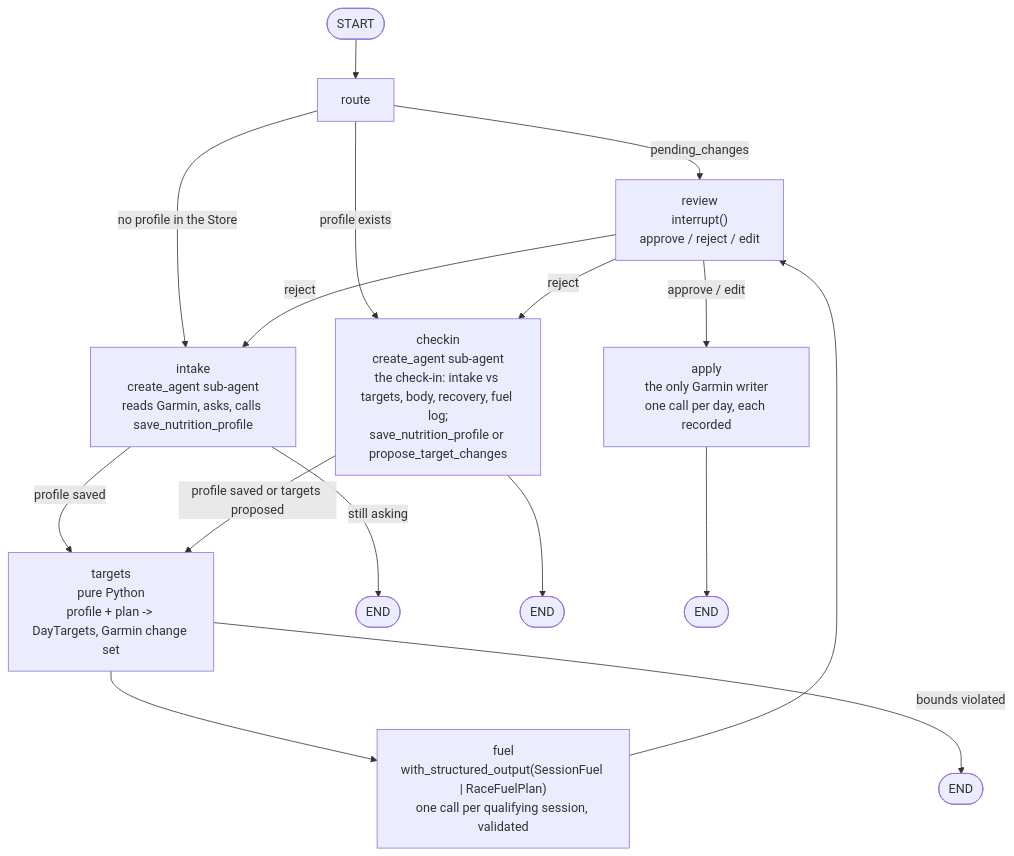
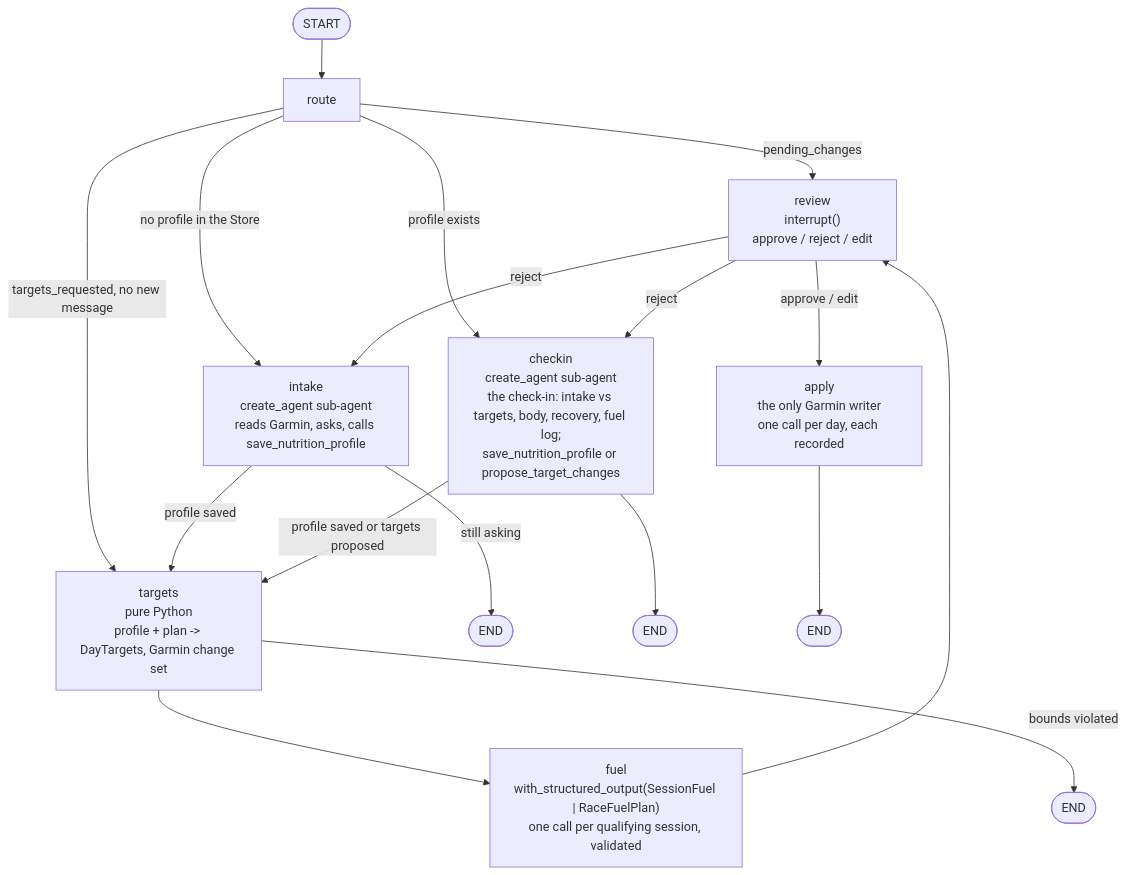
The diagram in packages/tri-nutrition/README.md (paradigmbrian/triathlon-agent), drawn with Mermaid before and after one commit. The commit also changed other lines of this file and 5 other files, not shown here.

````diff
--- a/packages/tri-nutrition/README.md
+++ b/packages/tri-nutrition/README.md
@@ -49,24 +50,25 @@
 ```mermaid
 flowchart TD
     START([START]) --> route
     route -->|pending_changes| review
     route -->|no profile in the Store| intake
     route -->|profile exists| checkin
+    route -->|targets_requested, no new message| targets
     intake["intake\ncreate_agent sub-agent\nreads Garmin, asks, calls save_nutrition_profile"]
     checkin["checkin\ncreate_agent sub-agent\nthe check-in: intake vs targets, body, recovery, fuel log;\nsave_nutrition_profile or propose_target_changes"]
     targets["targets\npure Python\nprofile + plan -> DayTargets, Garmin change set"]
     fuel["fuel\nwith_structured_output(SessionFuel | RaceFuelPlan)\none call per qualifying session, validated"]
     review["review\ninterrupt()\napprove / reject / edit"]
     apply["apply\nthe only Garmin writer\none call per day, each recorded"]
     intake -->|profile saved| targets
     intake -->|still asking| END1([END])
     checkin -->|profile saved or targets proposed| targets
     checkin --> END2([END])
     targets --> fuel
     targets -->|bounds violated| END3([END])
     fuel --> review
     review -->|approve / edit| apply
     review -->|reject| intake
     review -->|reject| checkin
     apply --> END4([END])
 ```
````
